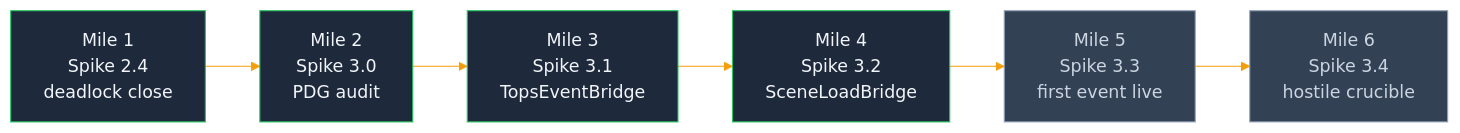
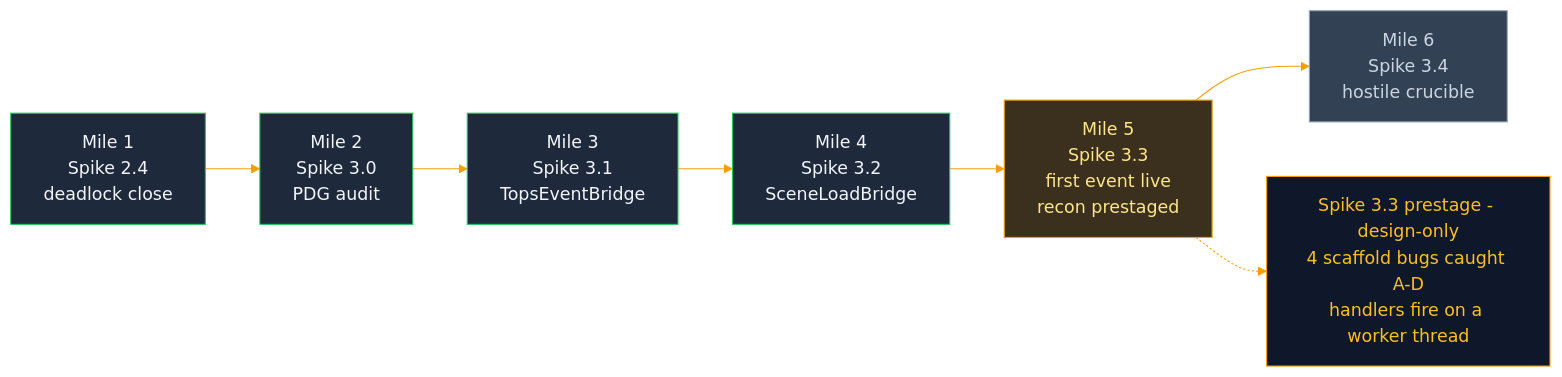
Before and after one commit to JosephOIbrahim/Synapse: the seventh of 9 diagrams in README.md, drawn with Mermaid. The commit also changed other lines of this file, not shown here.

First line of the commit message:
docs(readme): reflect Spike 3.3 prestage recon + bugs caught in the bridges

````diff
--- a/README.md
+++ b/README.md
@@ -289,13 +289,17 @@
 ```mermaid
 %%{init: {'theme':'base', 'themeVariables': {'primaryColor':'#1e293b','primaryTextColor':'#f1f5f9','primaryBorderColor':'#0f172a','lineColor':'#f59e0b','secondaryColor':'#334155','tertiaryColor':'#475569'}}}%%
 flowchart LR
     M1["Mile 1<br/>Spike 2.4<br/>deadlock close"]:::closed
     M2["Mile 2<br/>Spike 3.0<br/>PDG audit"]:::closed
     M3["Mile 3<br/>Spike 3.1<br/>TopsEventBridge"]:::closed
     M4["Mile 4<br/>Spike 3.2<br/>SceneLoadBridge"]:::closed
-    M5["Mile 5<br/>Spike 3.3<br/>first event live"]:::ahead
+    M5["Mile 5<br/>Spike 3.3<br/>first event live<br/>recon prestaged"]:::prestaged
     M6["Mile 6<br/>Spike 3.4<br/>hostile crucible"]:::ahead
     M1 --> M2 --> M3 --> M4 --> M5 --> M6
+    P["Spike 3.3 prestage - design-only<br/>4 scaffold bugs caught A-D<br/>handlers fire on a worker thread"]:::recon
+    M5 -.-> P
     classDef closed fill:#1e293b,stroke:#22c55e,color:#f1f5f9
     classDef ahead fill:#334155,stroke:#94a3b8,color:#cbd5e1
+    classDef prestaged fill:#3b2f1d,stroke:#f59e0b,color:#fde68a
+    classDef recon fill:#0f172a,stroke:#f59e0b,color:#fbbf24
 ```
````
